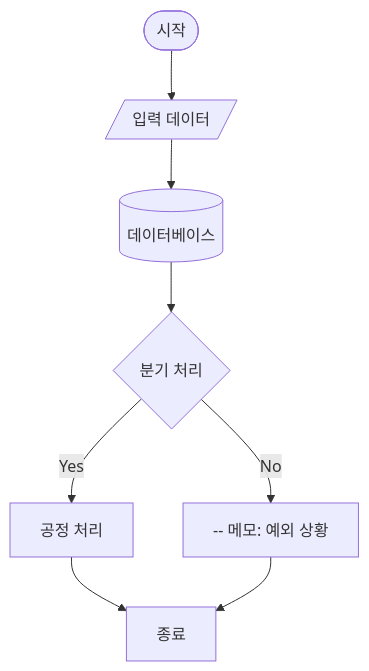
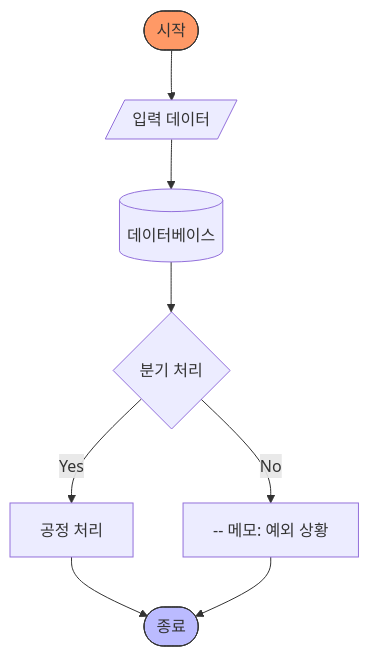
One commit to pollockslab/diagram-vite2 changed the first of 6 diagrams in readme/markdown_rules.md. Above: the diagram before and after it, drawn with Mermaid. The commit also changed other lines of this file and 45 other files, not shown here.

````diff
--- a/readme/markdown_rules.md
+++ b/readme/markdown_rules.md
@@ -76,10 +76,14 @@
 ```mermaid
 graph TD
+    style Start fill:#f96,stroke:#333
+    style End fill:#bbf,stroke:#333
+
     Start([시작]) --> Input[/입력 데이터/]
     Input --> DB[(데이터베이스)]
     DB --> Decision{분기 처리}
     Decision -- Yes --> Process[공정 처리]
     Decision -- No --> Note[-- 메모: 예외 상황]
-    Process --> End[종료]
+    Process --> End([종료])
     Note --> End
+
 ```
````
